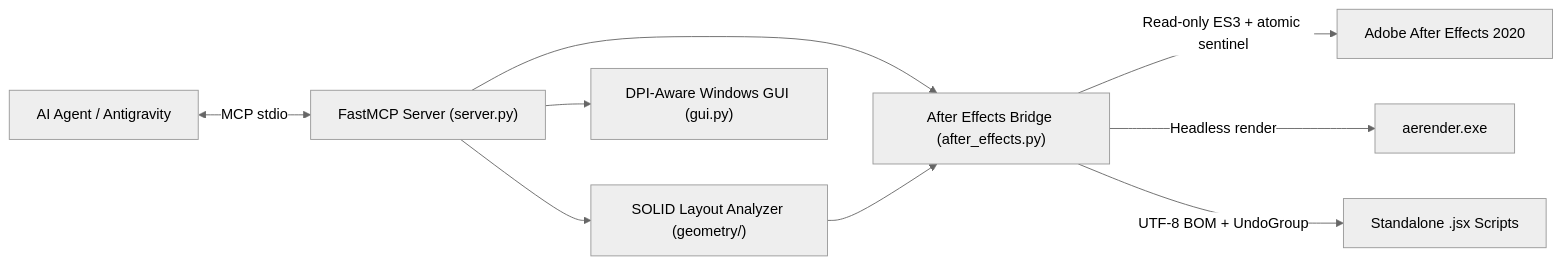
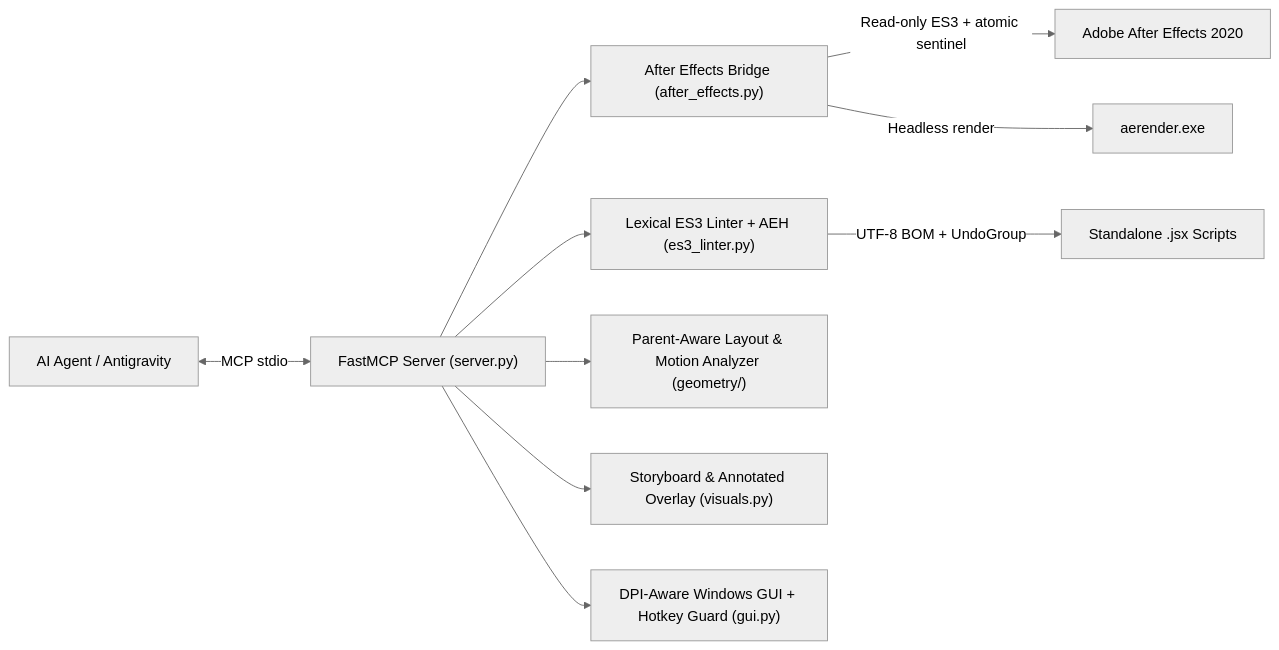
Before and after one commit to SolomonJSX/ae-control-mcp: the diagram in README.md, drawn with Mermaid (neutral theme). The commit also changed other lines of this file and 24 other files, not shown here.

Commit message:
feat: upgrade ae-control-mcp to v0.4.0 with deep inspection, motion/contrast analysis, ES3 linter+AEH, and storyboard previews

````diff
--- a/README.md
+++ b/README.md
@@ -28,12 +28,13 @@
 ```mermaid
 flowchart LR
     Agent["AI Agent / Antigravity"] <-->|MCP stdio| Server["FastMCP Server (server.py)"]
     Server --> AE["After Effects Bridge (after_effects.py)"]
-    Server --> Geo["SOLID Layout Analyzer (geometry/)"]
-    Server --> GUI["DPI-Aware Windows GUI (gui.py)"]
+    Server --> Linter["Lexical ES3 Linter + AEH (es3_linter.py)"]
+    Server --> Geo["Parent-Aware Layout & Motion Analyzer (geometry/)"]
+    Server --> Vis["Storyboard & Annotated Overlay (visuals.py)"]
+    Server --> GUI["DPI-Aware Windows GUI + Hotkey Guard (gui.py)"]
 
     AE -->|"Read-only ES3 + atomic sentinel"| AE2020["Adobe After Effects 2020"]
     AE -->|"Headless render"| Render["aerender.exe"]
-    AE -->|"UTF-8 BOM + UndoGroup"| JSX["Standalone .jsx Scripts"]
-    Geo --> AE
+    Linter -->|"UTF-8 BOM + UndoGroup"| JSX["Standalone .jsx Scripts"]
 ```
````
